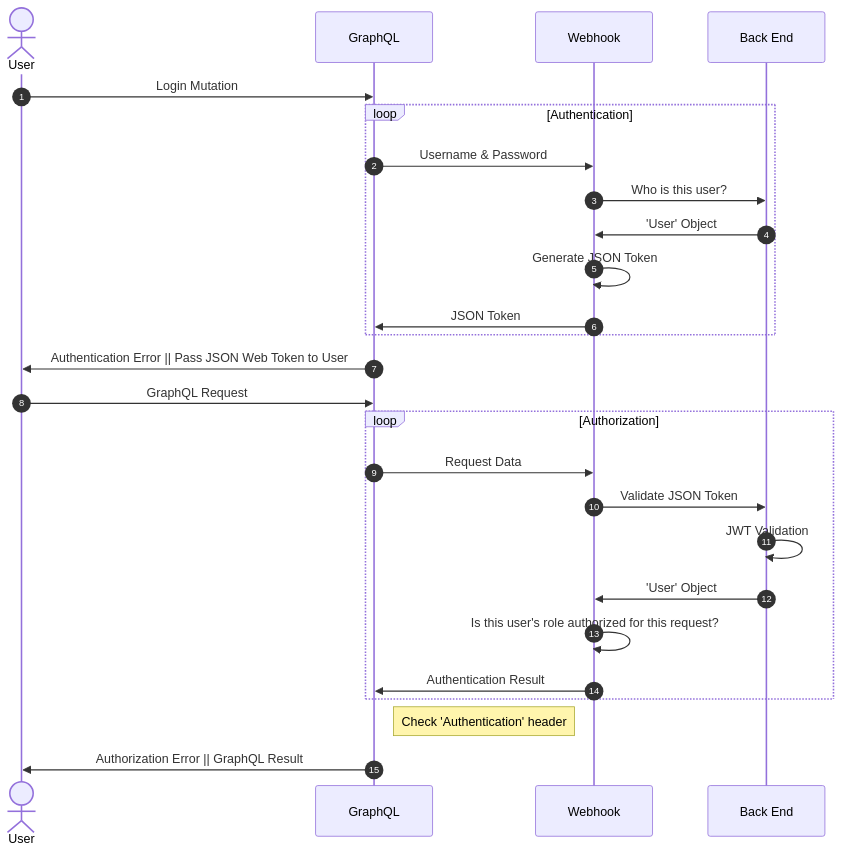
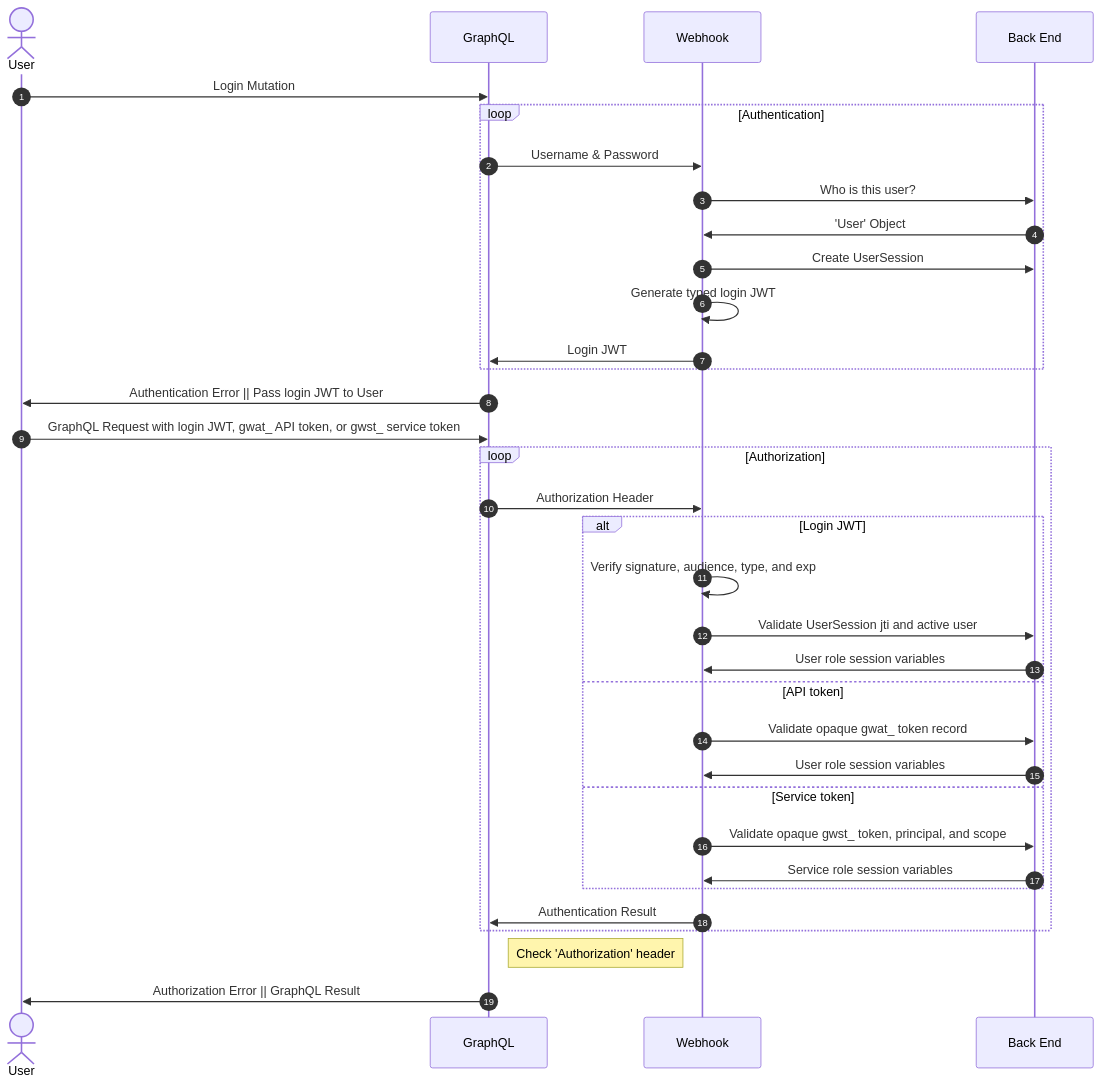
One commit to GhostManager/Ghostwriter changed the diagram in DOCS/features/graphql-api/authentication.mdx. Above: the diagram before and after it, drawn with Mermaid. The commit also changed other lines of this file and 2 other files, not shown here.

````diff
--- a/DOCS/features/graphql-api/authentication.mdx
+++ b/DOCS/features/graphql-api/authentication.mdx
@@ -164,25 +169,33 @@
 ```mermaid
 sequenceDiagram
     autonumber
     actor User
     User->>GraphQL: Login Mutation
     loop Authentication
         GraphQL->>Webhook: Username & Password
         Webhook->>Back End: Who is this user?
         Back End->>Webhook: 'User' Object
-        Webhook->>Webhook: Generate JSON Token
-        Webhook->>GraphQL: JSON Token
+        Webhook->>Back End: Create UserSession
+        Webhook->>Webhook: Generate typed login JWT
+        Webhook->>GraphQL: Login JWT
     end
-    GraphQL->>User: Authentication Error || Pass JSON Web Token to User
-    User->>GraphQL: GraphQL Request
+    GraphQL->>User: Authentication Error || Pass login JWT to User
+    User->>GraphQL: GraphQL Request with login JWT, gwat_ API token, or gwst_ service token
     loop Authorization
-        GraphQL->>Webhook: Request Data
-        Webhook->>Back End: Validate JSON Token
-        Back End->>Back End: JWT Validation
-        Back End->>Webhook: 'User' Object
-        Webhook->>Webhook: Is this user's role authorized for this request?
+        GraphQL->>Webhook: Authorization Header
+        alt Login JWT
+            Webhook->>Webhook: Verify signature, audience, type, and exp
+            Webhook->>Back End: Validate UserSession jti and active user
+            Back End->>Webhook: User role session variables
+        else API token
+            Webhook->>Back End: Validate opaque gwat_ token record
+            Back End->>Webhook: User role session variables
+        else Service token
+            Webhook->>Back End: Validate opaque gwst_ token, principal, and scope
+            Back End->>Webhook: Service role session variables
+        end
         Webhook->>GraphQL: Authentication Result
     end
-    Note right of GraphQL: Check 'Authentication' header
+    Note right of GraphQL: Check 'Authorization' header
     GraphQL->>User: Authorization Error || GraphQL Result
-  ```
+```
````
